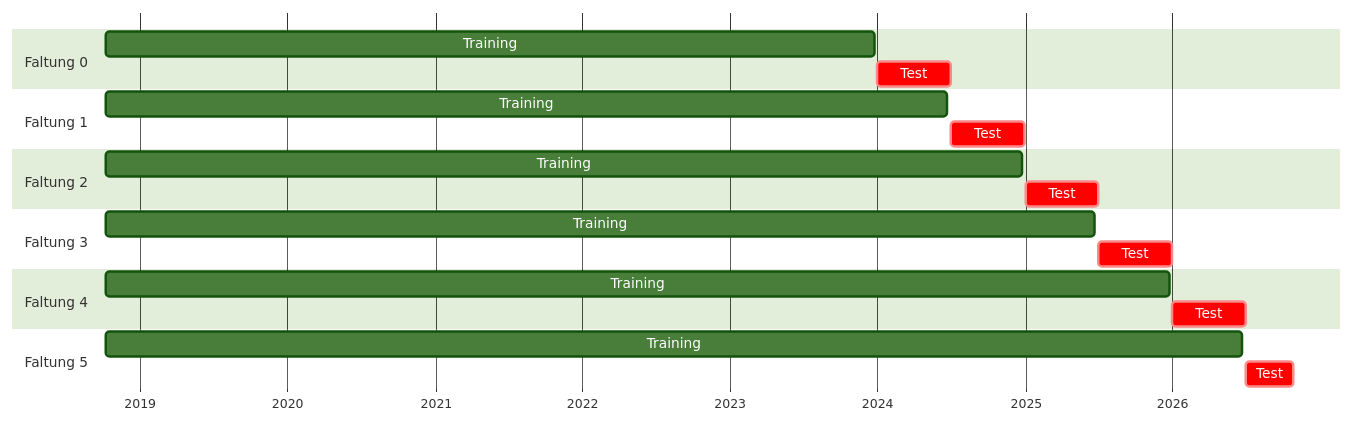
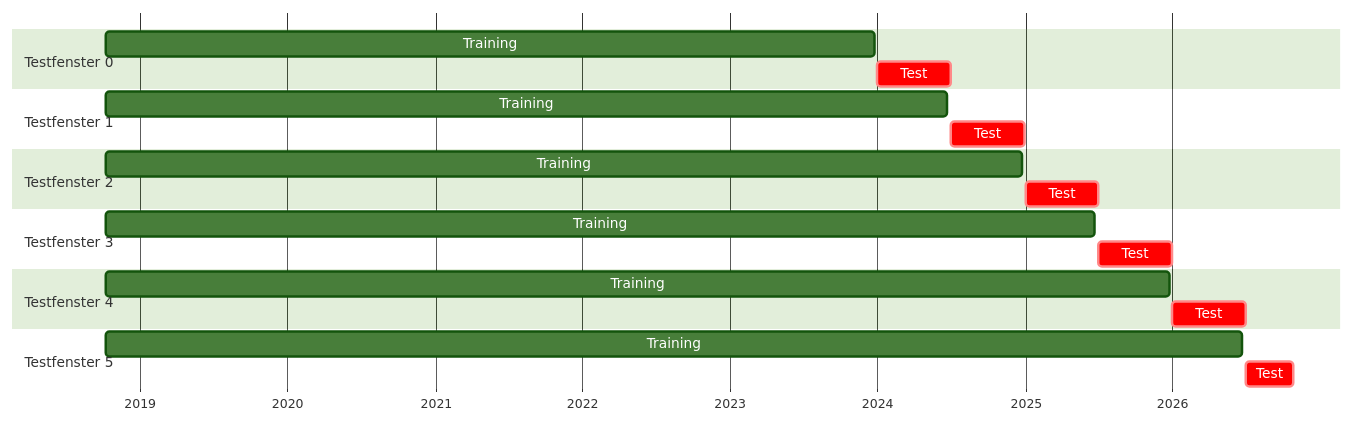
The second of 7 diagrams in docs/BACKTEST.md (the78mole/PredictionDB), drawn with Mermaid (forest theme) before and after one commit. The commit also changed other lines of this file and 23 other files, not shown here.

First line of the commit message:
docs: „Faltung“ durch „Testfenster“ ersetzen (#309)

````diff
--- a/docs/BACKTEST.md
+++ b/docs/BACKTEST.md
@@ -90,24 +90,24 @@
 ```mermaid
 gantt
     dateFormat YYYY-MM-DD
     todayMarker off
     axisFormat %Y
-    section Faltung 0
+    section Testfenster 0
     Training           :2018-10-08, 2023-12-24
     Test               :crit, 2024-01-01, 2024-06-30
-    section Faltung 1
+    section Testfenster 1
     Training           :2018-10-08, 2024-06-23
     Test               :crit, 2024-07-01, 2024-12-31
-    section Faltung 2
+    section Testfenster 2
     Training           :2018-10-08, 2024-12-24
     Test               :crit, 2025-01-01, 2025-06-30
-    section Faltung 3
+    section Testfenster 3
     Training           :2018-10-08, 2025-06-23
     Test               :crit, 2025-07-01, 2025-12-31
-    section Faltung 4
+    section Testfenster 4
     Training           :2018-10-08, 2025-12-24
     Test               :crit, 2026-01-01, 2026-06-30
-    section Faltung 5
+    section Testfenster 5
     Training           :2018-10-08, 2026-06-23
     Test               :crit, 2026-07-01, 2026-10-27
 ```
````
